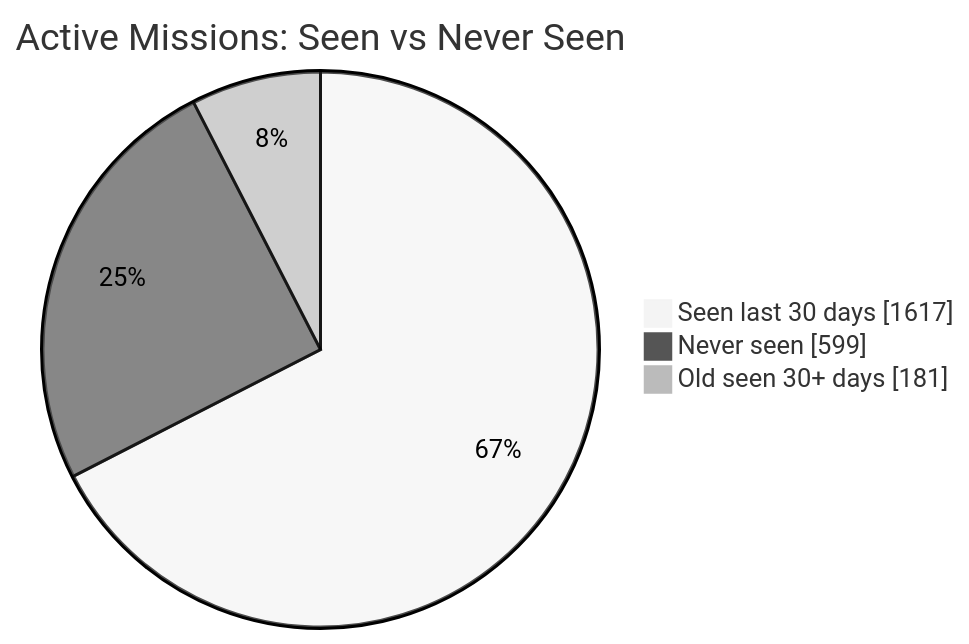
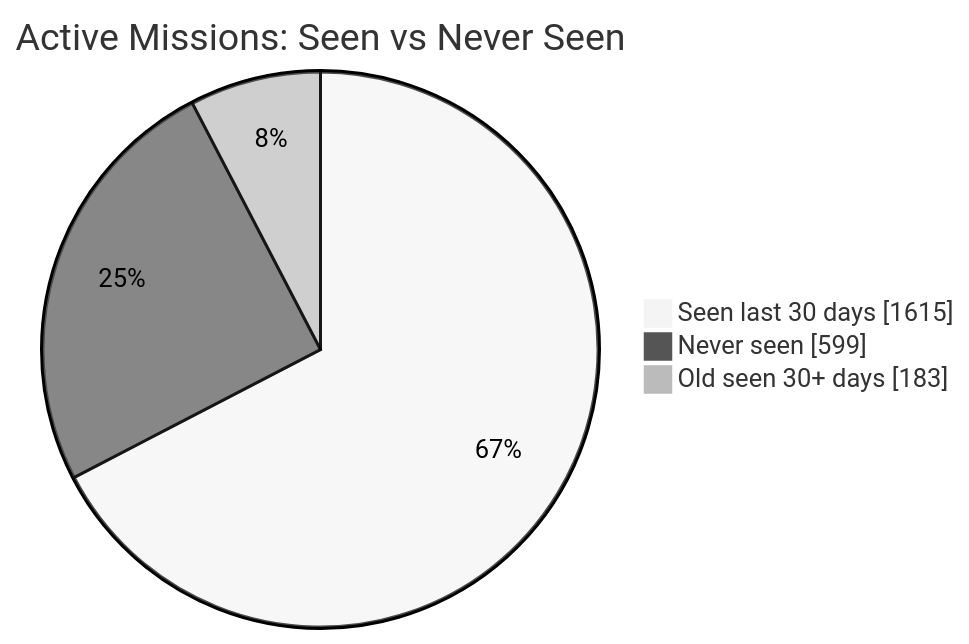
Before and after one commit to MeldkamerspelGameTeam/active-missions: the first of 2 diagrams in README.md, drawn with Mermaid (neutral theme). The commit also changed other lines of this file and 2 other files, not shown here.

````diff
--- a/README.md
+++ b/README.md
@@ -34,7 +34,7 @@
 ```mermaid
 pie showData
     title Active Missions: Seen vs Never Seen
-    "Seen last 30 days" : 1617
+    "Seen last 30 days" : 1615
     "Never seen" : 599
-    "Old seen 30+ days" : 181
+    "Old seen 30+ days" : 183
 ```
````
